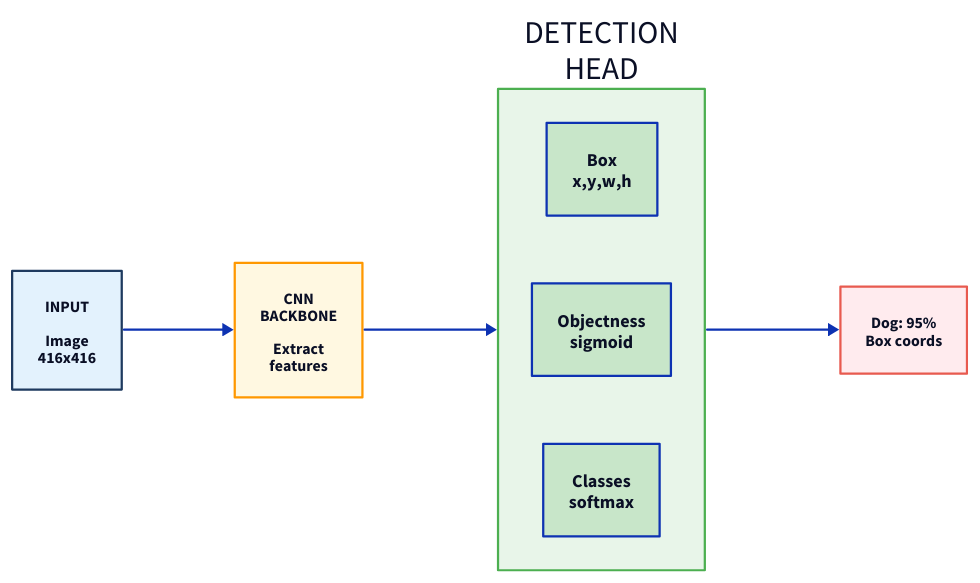
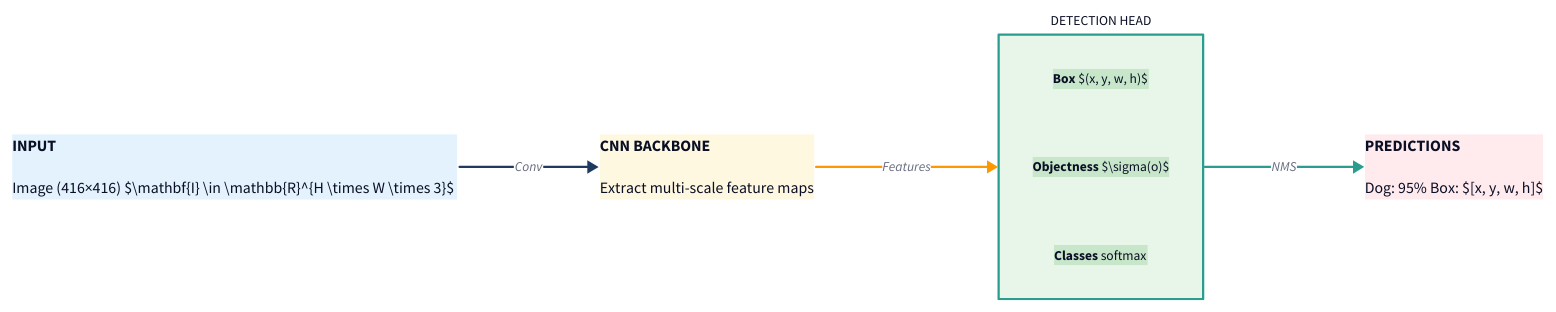
The diagram in ml-tasks/diagrams/nn_detection.d2 (nipunbatra/principles-ai-teaching), drawn with D2 before and after one commit. The commit also changed 14 other files, not shown here.

First line of the commit message:
Add NN diagrams with actual nodes using matplotlib

```diff
--- a/ml-tasks/diagrams/nn_detection.d2
+++ b/ml-tasks/diagrams/nn_detection.d2
@@ -1,57 +1,106 @@
 # Neural Network for Object Detection (Multi-task)
 
 direction: right
 
+vars: {
+  primary: "#1e3a5f"
+  success: "#2a9d8f"
+  warning: "#FF9800"
+  accent: "#e85a4f"
+  fill-primary: "#E3F2FD"
+  fill-success: "#E8F5E9"
+  fill-success-mid: "#C8E6C9"
+  fill-warning: "#FFF8E1"
+  fill-accent: "#FFEBEE"
+}
+
 input: {
-  label: INPUT\n\nImage\n416x416
+  label: |md
+    **INPUT**
+
+    Image (416×416)
+    $\mathbf{I} \in \mathbb{R}^{H \times W \times 3}$
+  |
   shape: rectangle
-  style.fill: "#E3F2FD"
-  style.stroke: "#1e3a5f"
+  style.fill: ${fill-primary}
+  style.stroke: ${primary}
   style.stroke-width: 2
   style.font-size: 14
 }
 
 backbone: {
-  label: CNN\nBACKBONE\n\nExtract\nfeatures
+  label: |md
+    **CNN BACKBONE**
+
+    Extract multi-scale
+    feature maps
+  |
   shape: rectangle
-  style.fill: "#FFF8E1"
-  style.stroke: "#FF9800"
+  style.fill: ${fill-warning}
+  style.stroke: ${warning}
   style.stroke-width: 2
   style.font-size: 14
 }
 
 head: {
-  label: DETECTION\nHEAD
-  style.fill: "#E8F5E9"
-  style.stroke: "#4CAF50"
+  label: "DETECTION HEAD"
+  style.fill: ${fill-success}
+  style.stroke: ${success}
   style.stroke-width: 2
+  style.font-size: 12
 
   box: {
-    label: Box\nx,y,w,h
+    label: |md
+      **Box**
+      $(x, y, w, h)$
+    |
     shape: rectangle
-    style.fill: "#C8E6C9"
+    style.fill: ${fill-success-mid}
+    style.font-size: 12
   }
   obj: {
-    label: Objectness\nsigmoid
+    label: |md
+      **Objectness**
+      $\sigma(o)$
+    |
     shape: rectangle
-    style.fill: "#C8E6C9"
+    style.fill: ${fill-success-mid}
+    style.font-size: 12
   }
   cls: {
-    label: Classes\nsoftmax
+    label: |md
+      **Classes**
+      softmax
+    |
     shape: rectangle
-    style.fill: "#C8E6C9"
+    style.fill: ${fill-success-mid}
+    style.font-size: 12
   }
 }
 
 result: {
-  label: "Dog: 95%\nBox coords"
+  label: |md
+    **PREDICTIONS**
+
+    Dog: 95%
+    Box: $[x, y, w, h]$
+  |
   shape: rectangle
-  style.fill: "#FFEBEE"
-  style.stroke: "#e85a4f"
+  style.fill: ${fill-accent}
+  style.stroke: ${accent}
   style.stroke-width: 2
   style.font-size: 14
 }
 
-input -> backbone
-backbone -> head
-head -> result
+input -> backbone: Conv {
+  style.stroke: ${primary}
+  style.font-size: 12
+}
+backbone -> head: Features {
+  style.stroke: ${warning}
+  style.font-size: 12
+}
+head -> result: NMS {
+  style.stroke: ${success}
+  style.font-size: 12
+}
```
